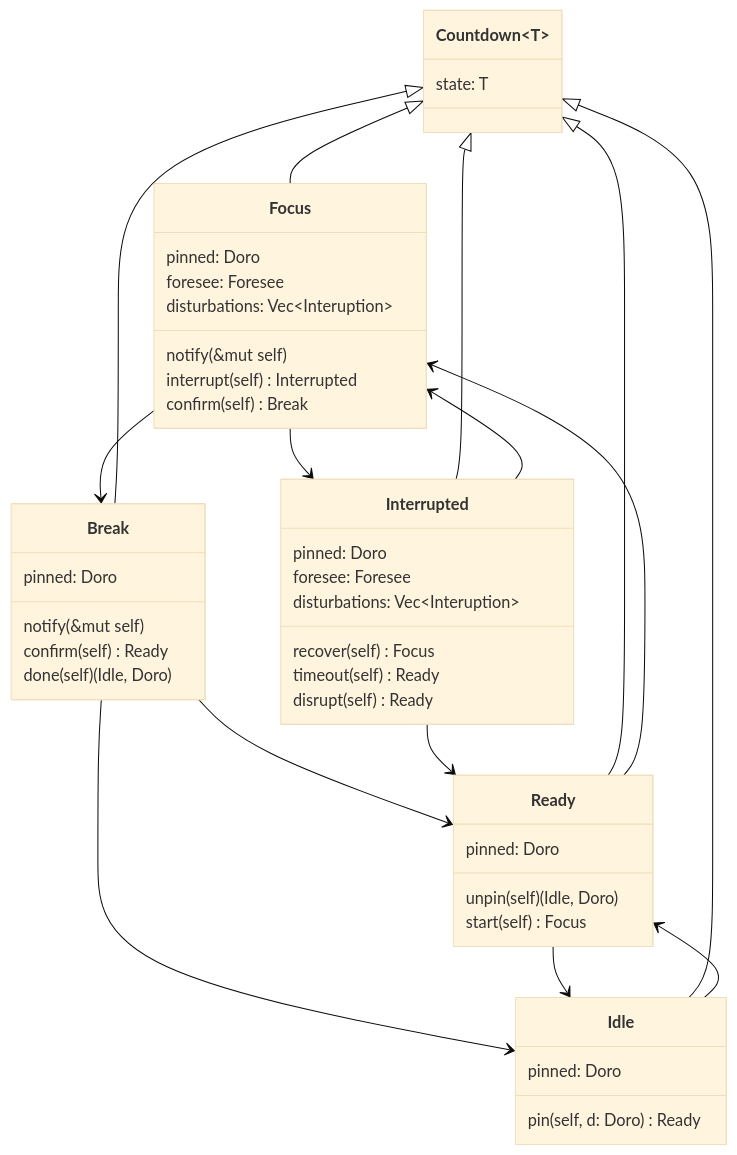
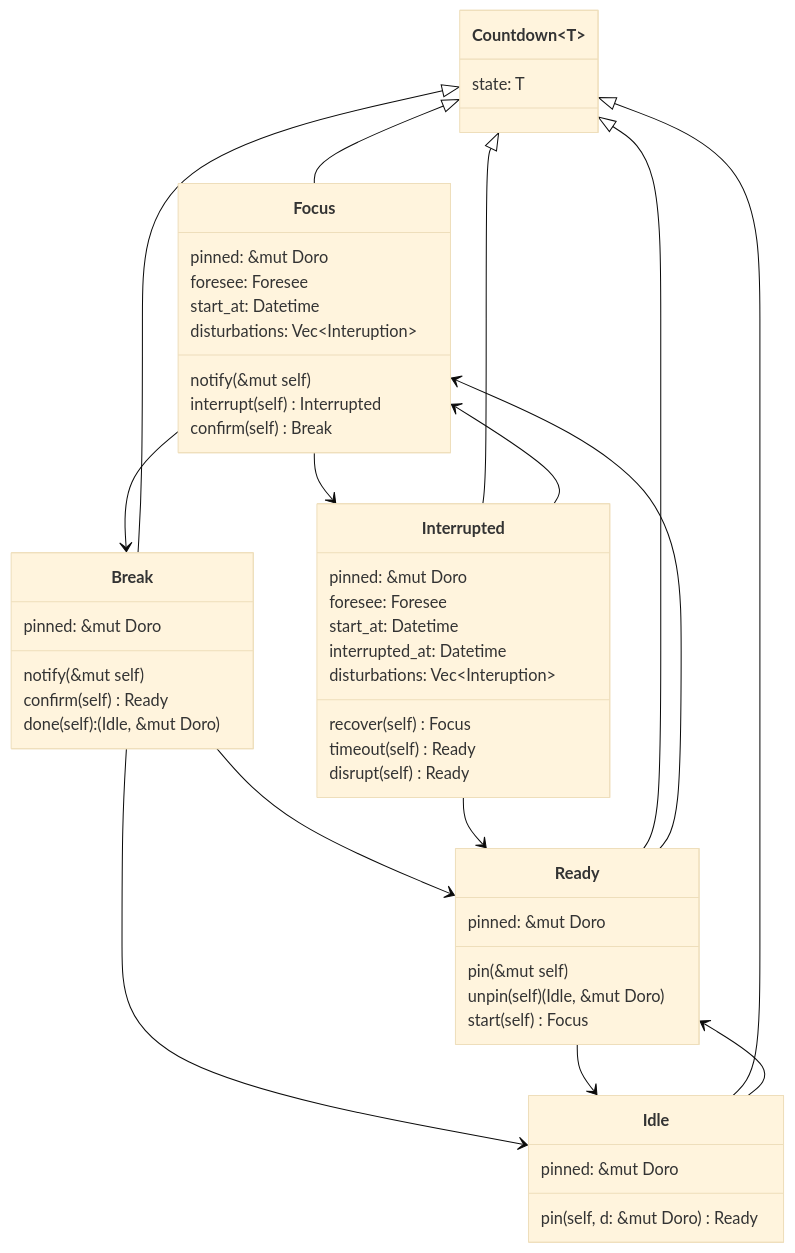
The second of 2 diagrams in src/pomo_doro/countdown.md (huangjj27/huangjj27.github.io), drawn with Mermaid (base theme) before and after one commit.

Commit message:
sprint-0.0.3(countdown): 根据实现调整设计稿

````diff
--- a/src/pomo_doro/countdown.md
+++ b/src/pomo_doro/countdown.md
@@ -32,57 +32,61 @@
 ```mermaid
 classDiagram
     Focus --> Interrupted
     Focus --> Break
     Break --> Ready
     Break --> Idle
     Interrupted --> Focus
     Interrupted --> Ready
     Idle --> Ready
     Ready --> Idle
     Ready --> Focus
     Countdown~T~ <|-- Idle
     Countdown~T~ <|-- Ready
     Countdown~T~ <|-- Focus
     Countdown~T~ <|-- Interrupted
     Countdown~T~ <|-- Break
 
     class Countdown~T~ {
         state: T
     }
 
     class Idle {
-        pinned: Doro
-        pin(self, d: Doro) Ready
+        pinned: &mut Doro
+        pin(self, d: &mut Doro) Ready
     }
 
     class Ready {
-        pinned: Doro
-        unpin(self) (Idle, Doro)
+        pinned: &mut Doro
+        pin(&mut self)
+        unpin(self) (Idle, &mut Doro)
         start(self) Focus
     }
 
     class Focus {
-        pinned: Doro
+        pinned: &mut Doro
         foresee: Foresee
+        start_at: Datetime
         disturbations: Vec~Interuption~
         notify(&mut self)
         interrupt(self) Interrupted
         confirm(self) Break
     }
 
     class Break {
-        pinned: Doro
+        pinned: &mut Doro
         notify(&mut self)
         confirm(self) Ready
-        done(self) (Idle, Doro)
+        done(self): (Idle, &mut Doro)
     }
 
     class Interrupted {
-        pinned: Doro
+        pinned: &mut Doro
         foresee: Foresee
+        start_at: Datetime
+        interrupted_at: Datetime
         disturbations: Vec~Interuption~
         recover(self) Focus
         timeout(self) Ready
         disrupt(self) Ready
     }
 ```
````
